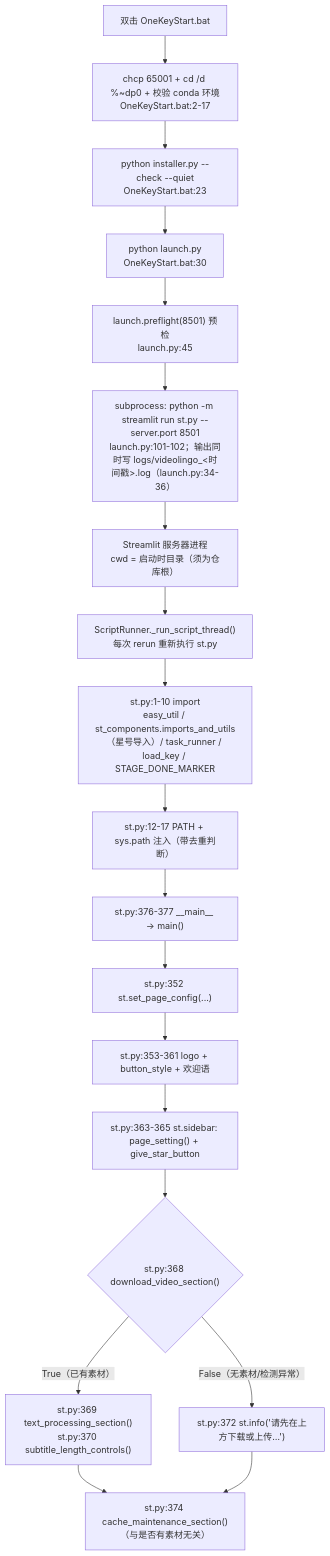
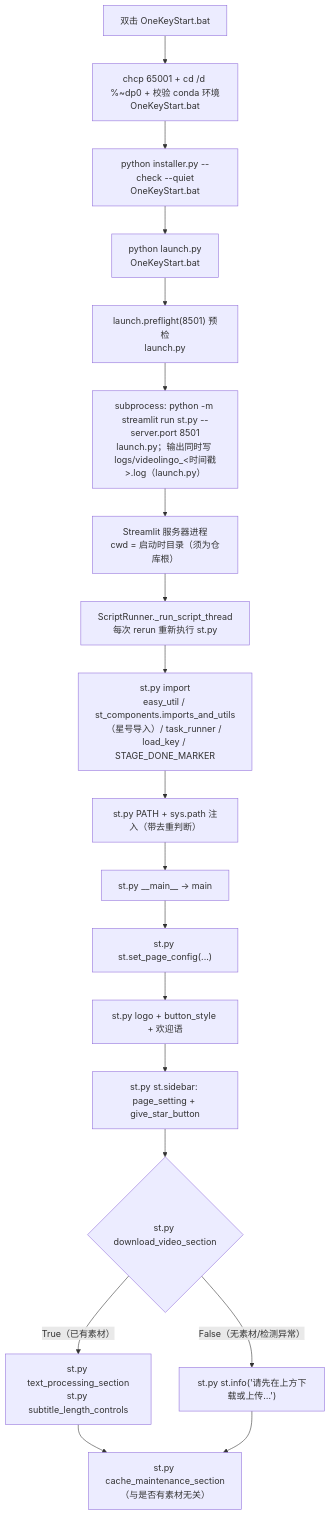
Before and after one commit to Brzjomo/VideoLingoMove: the first of 4 diagrams in devdocs/01-entrypoints/01-Streamlit主应用入口.md, drawn with Mermaid. The commit also changed other lines of this file and 33 other files, not shown here.

````diff
--- a/devdocs/01-entrypoints/01-Streamlit主应用入口.md
+++ b/devdocs/01-entrypoints/01-Streamlit主应用入口.md
@@ -59,21 +59,21 @@
 ```mermaid
 flowchart TD
-    A["双击 OneKeyStart.bat"] --> B["chcp 65001 + cd /d %~dp0 + 校验 conda 环境<br/>OneKeyStart.bat:2-17"]
-    B --> B2["python installer.py --check --quiet<br/>OneKeyStart.bat:23"]
-    B2 --> C["python launch.py<br/>OneKeyStart.bat:30"]
-    C --> C2["launch.preflight(8501) 预检<br/>launch.py:45"]
-    C2 --> C3["subprocess: python -m streamlit run st.py --server.port 8501<br/>launch.py:101-102；输出同时写 logs/videolingo_&lt;时间戳&gt;.log（launch.py:34-36）"]
-    C3 --> D["Streamlit 服务器进程<br/>cwd = 启动时目录（须为仓库根）"]
-    D --> E["ScriptRunner._run_script_thread()<br/>每次 rerun 重新执行 st.py"]
-    E --> F["st.py:1-10 import<br/>easy_util / st_components.imports_and_utils（星号导入）/ task_runner / load_key / STAGE_DONE_MARKER"]
-    F --> G["st.py:12-17 PATH + sys.path 注入（带去重判断）"]
-    G --> H["st.py:376-377 __main__ → main()"]
-    H --> I["st.py:352 st.set_page_config(...)"]
-    I --> J["st.py:353-361 logo + button_style + 欢迎语"]
-    J --> K["st.py:363-365 st.sidebar: page_setting() + give_star_button"]
-    K --> L{"st.py:368 download_video_section()"}
-    L -- "True（已有素材）" --> M["st.py:369 text_processing_section()<br/>st.py:370 subtitle_length_controls()"]
-    L -- "False（无素材/检测异常）" --> M2["st.py:372 st.info('请先在上方下载或上传…')"]
-    M --> N["st.py:374 cache_maintenance_section()（与是否有素材无关）"]
-    M2 --> N
+ A["双击 OneKeyStart.bat"] --> B["chcp 65001 + cd /d %~dp0 + 校验 conda 环境<br/>OneKeyStart.bat"]
+ B --> B2["python installer.py --check --quiet<br/>OneKeyStart.bat"]
+ B2 --> C["python launch.py<br/>OneKeyStart.bat"]
+ C --> C2["launch.preflight(8501) 预检<br/>launch.py"]
+ C2 --> C3["subprocess: python -m streamlit run st.py --server.port 8501<br/>launch.py；输出同时写 logs/videolingo_&lt;时间戳&gt;.log（launch.py）"]
+ C3 --> D["Streamlit 服务器进程<br/>cwd = 启动时目录（须为仓库根）"]
+ D --> E["ScriptRunner._run_script_thread<br/>每次 rerun 重新执行 st.py"]
+ E --> F["st.py import<br/>easy_util / st_components.imports_and_utils（星号导入）/ task_runner / load_key / STAGE_DONE_MARKER"]
+ F --> G["st.py PATH + sys.path 注入（带去重判断）"]
+ G --> H["st.py __main__ → main"]
+ H --> I["st.py st.set_page_config(...)"]
+ I --> J["st.py logo + button_style + 欢迎语"]
+ J --> K["st.py st.sidebar: page_setting + give_star_button"]
+ K --> L{"st.py download_video_section"}
+ L -- "True（已有素材）" --> M["st.py text_processing_section<br/>st.py subtitle_length_controls"]
+ L -- "False（无素材/检测异常）" --> M2["st.py st.info('请先在上方下载或上传…')"]
+ M --> N["st.py cache_maintenance_section（与是否有素材无关）"]
+ M2 --> N
 ```
````
